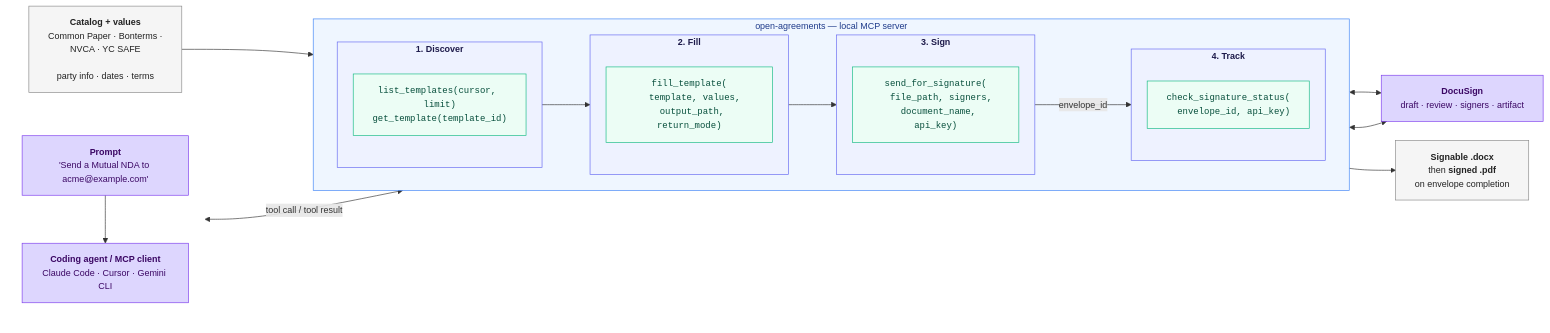
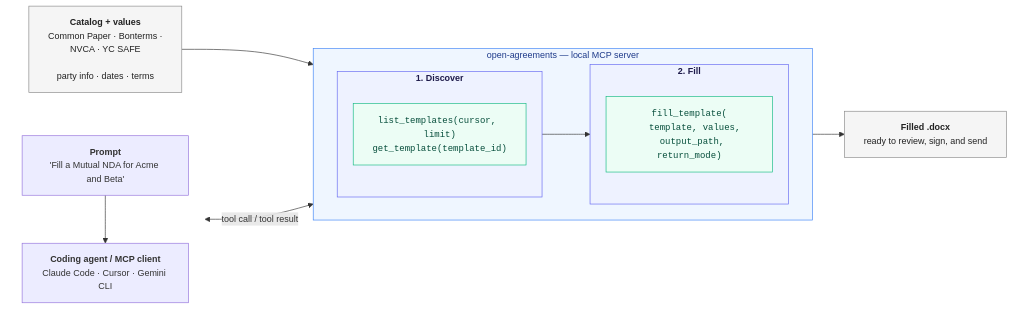
One commit to open-agreements/open-agreements changed the diagram in README.md. Above: the diagram before and after it, drawn with Mermaid. The commit also changed other lines of this file and 54 other files, not shown here.

````diff
--- a/README.md
+++ b/README.md
@@ -61,63 +61,46 @@
 ```mermaid
 %%{init: {"flowchart": {"htmlLabels": true, "curve": "basis", "nodeSpacing": 30, "rankSpacing": 50}, "themeVariables": {"fontSize": "14px"}} }%%
 flowchart LR
     InputLeft["<b>Catalog + values</b><br/>Common Paper · Bonterms ·<br/>NVCA · YC SAFE<br/><br/>party info · dates · terms"]
 
     subgraph Server["open-agreements — local MCP server"]
         direction LR
 
         subgraph Discover["<b>1. Discover</b>"]
             direction TB
             DiscTool["<code>list_templates(cursor, limit)</code><br/><code>get_template(template_id)</code>"]
         end
 
         subgraph Fill["<b>2. Fill</b>"]
             direction TB
             FillTool["<code>fill_template(<br/>&nbsp;&nbsp;template, values,<br/>&nbsp;&nbsp;output_path, return_mode)</code>"]
         end
 
-        subgraph Sign["<b>3. Sign</b>"]
-            direction TB
-            SignTool["<code>send_for_signature(<br/>&nbsp;&nbsp;file_path, signers,<br/>&nbsp;&nbsp;document_name, api_key)</code>"]
-        end
-
-        subgraph Track["<b>4. Track</b>"]
-            direction TB
-            TrackTool["<code>check_signature_status(<br/>&nbsp;&nbsp;envelope_id, api_key)</code>"]
-        end
-
         Discover --> Fill
-        Fill --> Sign
-        Sign -->|envelope_id| Track
     end
 
-    OutputRight["<b>Signable .docx</b><br/>then <b>signed .pdf</b><br/>on envelope completion"]
-
-    DocuSign["<b>DocuSign</b><br/>draft · review · signers · artifact"]
+    OutputRight["<b>Filled .docx</b><br/>ready to review, sign, and send"]
 
     subgraph Client [" "]
         direction TB
-        Prompt["<b>Prompt</b><br/>'Send a Mutual NDA to acme@example.com'"]
+        Prompt["<b>Prompt</b><br/>'Fill a Mutual NDA for Acme and Beta'"]
         Agent["<b>Coding agent / MCP client</b><br/>Claude Code · Cursor · Gemini CLI"]
         Prompt --> Agent
     end
 
     InputLeft --> Discover
-    Track --> OutputRight
-    SignTool <--> DocuSign
-    TrackTool <--> DocuSign
+    Fill --> OutputRight
     Agent <-->|tool call / tool result| Server
 
     classDef io fill:#f5f5f5,stroke:#888,color:#222
     classDef server fill:#eff6ff,stroke:#3b82f6,color:#1e3a8a
     classDef stage fill:#eef2ff,stroke:#6366f1,color:#1e1b4b
     classDef tools fill:#ecfdf5,stroke:#10b981,color:#064e3b
-    classDef ext fill:#ddd6fe,stroke:#7c3aed,color:#3b0764
     classDef hidden fill:none,stroke:none
     class InputLeft,OutputRight io
     class Server server
-    class Discover,Fill,Sign,Track stage
-    class DiscTool,FillTool,SignTool,TrackTool tools
-    class Prompt,Agent,DocuSign ext
+    class Discover,Fill stage
+    class DiscTool,FillTool tools
+    class Prompt,Agent ext
     class Client hidden
 ```
````
